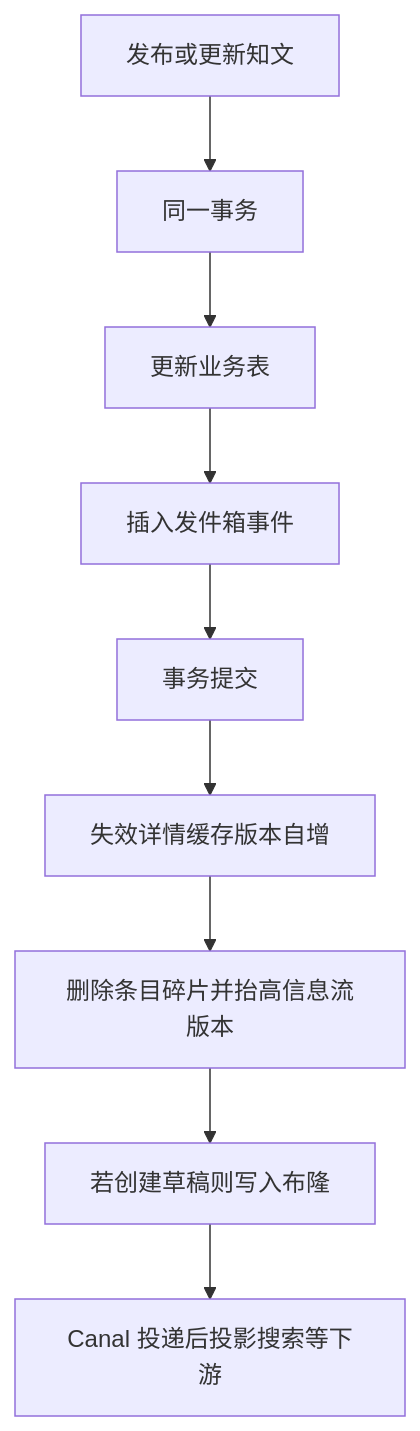
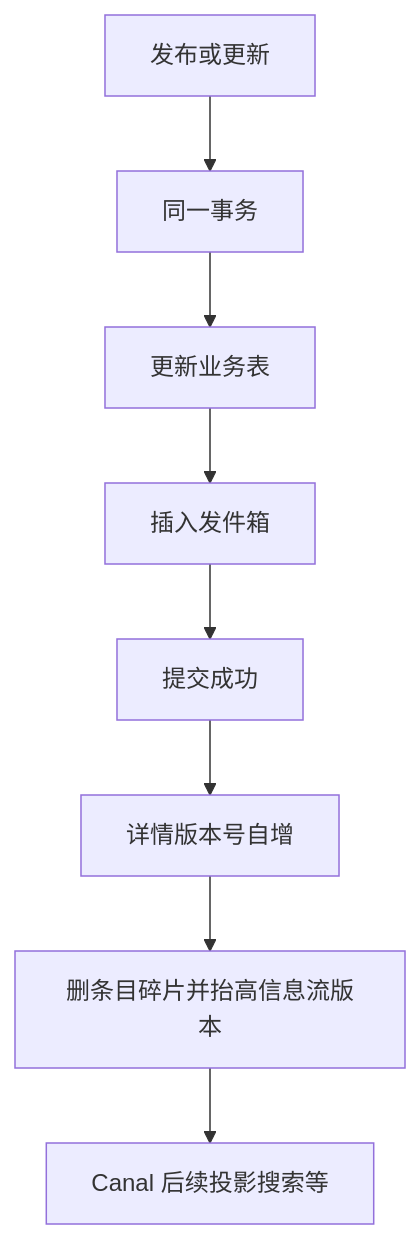
One commit to bitladykiller/zhiguang_go changed the second of 4 diagrams in docs/modules/04-知文内容缓存与Feed模块.md. Above: the diagram before and after it, drawn with Mermaid. The commit also changed other lines of this file and 13 other files, not shown here.

````diff
--- a/docs/modules/04-知文内容缓存与Feed模块.md
+++ b/docs/modules/04-知文内容缓存与Feed模块.md
@@ -545,11 +75,10 @@
 ```mermaid
 flowchart TD
-    A[发布或更新知文] --> B[同一事务]
+    A[发布或更新] --> B[同一事务]
     B --> C[更新业务表]
-    C --> D[插入发件箱事件]
-    D --> E[事务提交]
-    E --> F[失效详情缓存版本自增]
-    F --> G[删除条目碎片并抬高信息流版本]
-    G --> H[若创建草稿则写入布隆]
-    H --> I[Canal 投递后投影搜索等下游]
+    C --> D[插入发件箱]
+    D --> E[提交成功]
+    E --> F[详情版本号自增]
+    F --> G[删条目碎片并抬高信息流版本]
+    G --> H[Canal 后续投影搜索等]
 ```
````
